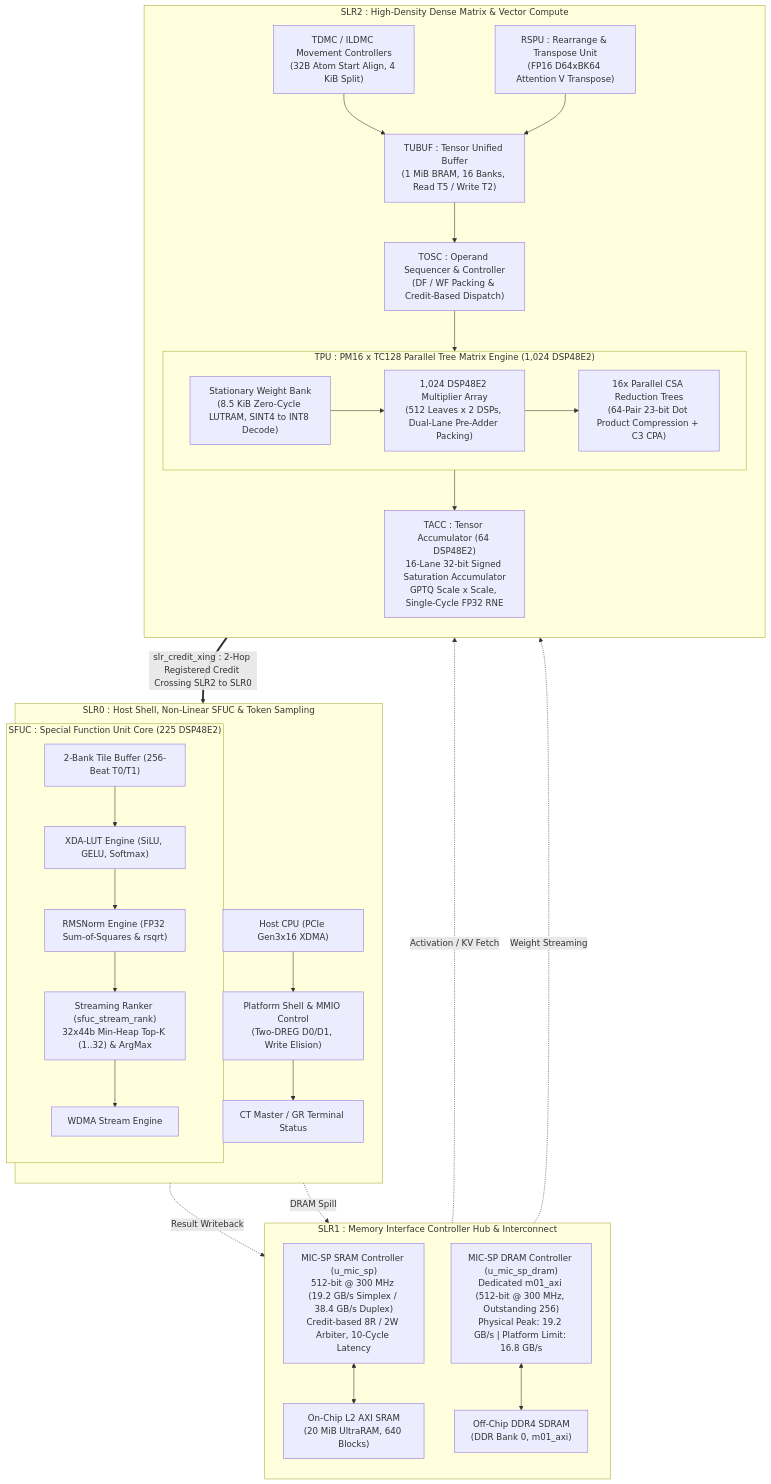
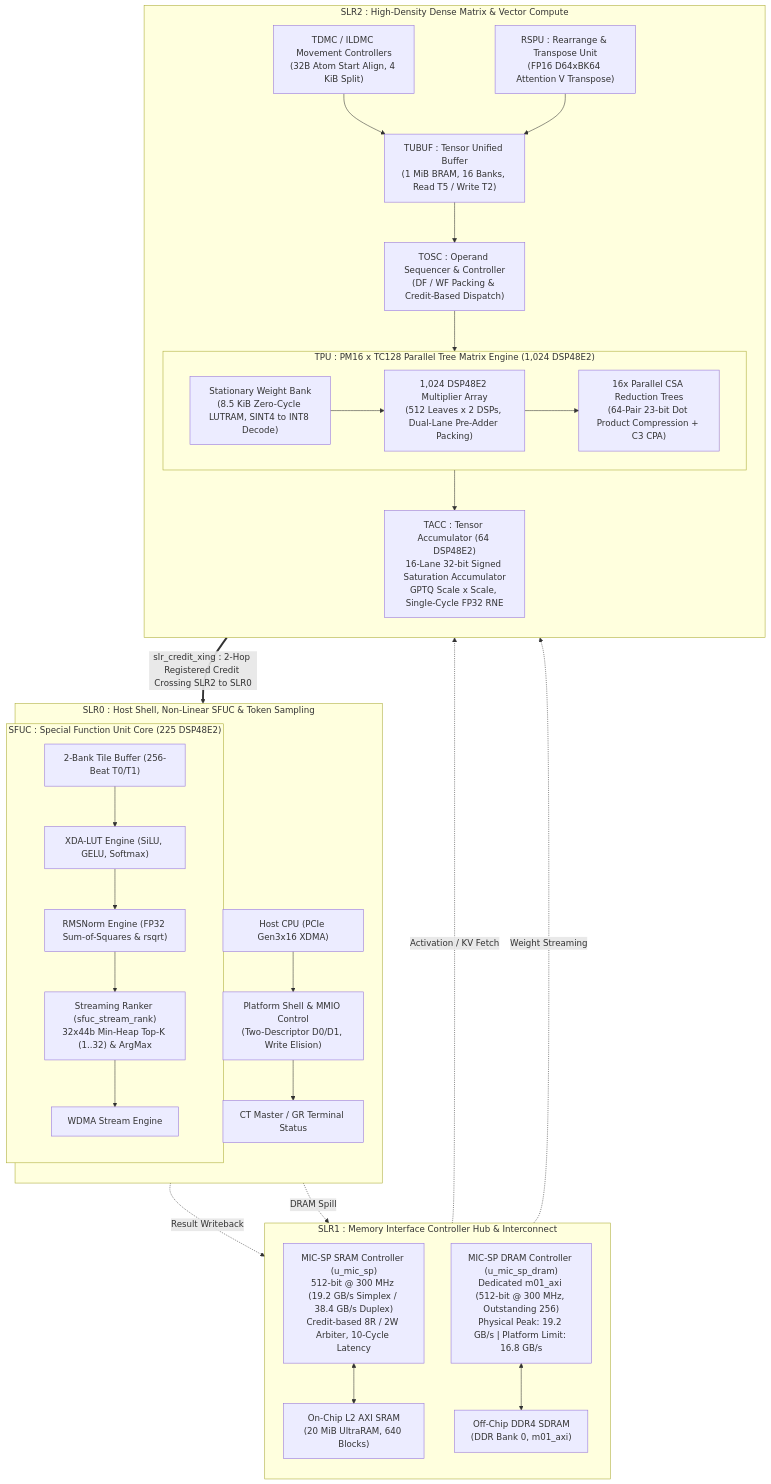
Before and after one commit to Miinuuu/T-Accelerator: the diagram in README.md, drawn with Mermaid. The commit also changed other lines of this file and 16 other files, not shown here.

````diff
--- a/README.md
+++ b/README.md
@@ -55,60 +55,60 @@
 ```mermaid
 flowchart TD
     subgraph SLR0 ["SLR0 : Host Shell, Non-Linear SFUC & Token Sampling"]
         direction TB
-        Host["Host CPU (PCIe Gen3x16 XDMA)"] --> Shell["Platform Shell & MMIO Control<br>(Two-DREG D0/D1, Write Elision)"]
+        Host["Host CPU (PCIe Gen3x16 XDMA)"] --> Shell["Platform Shell & MMIO Control<br>(Two-Descriptor D0/D1, Write Elision)"]
         Shell --> CTMaster["CT Master / GR Terminal Status"]
         
         subgraph SFUC_BOX ["SFUC : Special Function Unit Core (225 DSP48E2)"]
             TBuf["2-Bank Tile Buffer (256-Beat T0/T1)"] --> XDA["XDA-LUT Engine (SiLU, GELU, Softmax)"]
             XDA --> RMS["RMSNorm Engine (FP32 Sum-of-Squares & rsqrt)"]
             RMS --> TopK["Streaming Ranker (sfuc_stream_rank)<br>32x44b Min-Heap Top-K (1..32) & ArgMax"]
             TopK --> WDMA["WDMA Stream Engine"]
         end
     end
 
     subgraph SLR1 ["SLR1 : Memory Interface Controller Hub & Interconnect"]
         direction TB
         MIC_SRAM["MIC-SP SRAM Controller (u_mic_sp)<br>512-bit @ 300 MHz (19.2 GB/s Simplex / 38.4 GB/s Duplex)<br>Credit-based 8R / 2W Arbiter, 10-Cycle Latency"]
         MIC_DRAM["MIC-SP DRAM Controller (u_mic_sp_dram)<br>Dedicated m01_axi (512-bit @ 300 MHz, Outstanding 256)<br>Physical Peak: 19.2 GB/s | Platform Limit: 16.8 GB/s"]
         
         URAM["On-Chip L2 AXI SRAM<br>(20 MiB UltraRAM, 640 Blocks)"]
         DDR["Off-Chip DDR4 SDRAM<br>(DDR Bank 0, m01_axi)"]
         
         MIC_SRAM <--> URAM
         MIC_DRAM <--> DDR
     end
 
     subgraph SLR2 ["SLR2 : High-Density Dense Matrix & Vector Compute"]
         direction TB
         TDMC["TDMC / ILDMC Movement Controllers<br>(32B Atom Start Align, 4 KiB Split)"]
         TUBUF["TUBUF : Tensor Unified Buffer<br>(1 MiB BRAM, 16 Banks, Read T5 / Write T2)"]
         TOSC["TOSC : Operand Sequencer & Controller<br>(DF / WF Packing & Credit-Based Dispatch)"]
         
         subgraph TPU_BOX ["TPU : PM16 x TC128 Parallel Tree Matrix Engine (1,024 DSP48E2)"]
             LUTRAM["Stationary Weight Bank<br>(8.5 KiB Zero-Cycle LUTRAM, SINT4 to INT8 Decode)"]
             DSP_ARRAY["1,024 DSP48E2 Multiplier Array<br>(512 Leaves x 2 DSPs, Dual-Lane Pre-Adder Packing)"]
             CSA_TREE["16x Parallel CSA Reduction Trees<br>(64-Pair 23-bit Dot Product Compression + C3 CPA)"]
             LUTRAM --> DSP_ARRAY
             DSP_ARRAY --> CSA_TREE
         end
         
         TACC["TACC : Tensor Accumulator (64 DSP48E2)<br>16-Lane 32-bit Signed Saturation Accumulator<br>GPTQ Scale x Scale, Single-Cycle FP32 RNE"]
         RSPU["RSPU : Rearrange & Transpose Unit<br>(FP16 D64xBK64 Attention V Transpose)"]
         
         TDMC --> TUBUF
         TUBUF --> TOSC
         TOSC --> TPU_BOX
         TPU_BOX --> TACC
         RSPU --> TUBUF
     end
 
     %% Memory & Dataflow Interconnects
     URAM -.->|Activation / KV Fetch| TDMC
     DDR -.->|Weight Streaming| TDMC
     WDMA -.->|Result Writeback| MIC_SRAM
     WDMA -.->|DRAM Spill| MIC_DRAM
 
     %% Inter-SLR Crossing
     TACC ==>|slr_credit_xing : 2-Hop Registered Credit Crossing SLR2 to SLR0| TBuf
 ```
````
